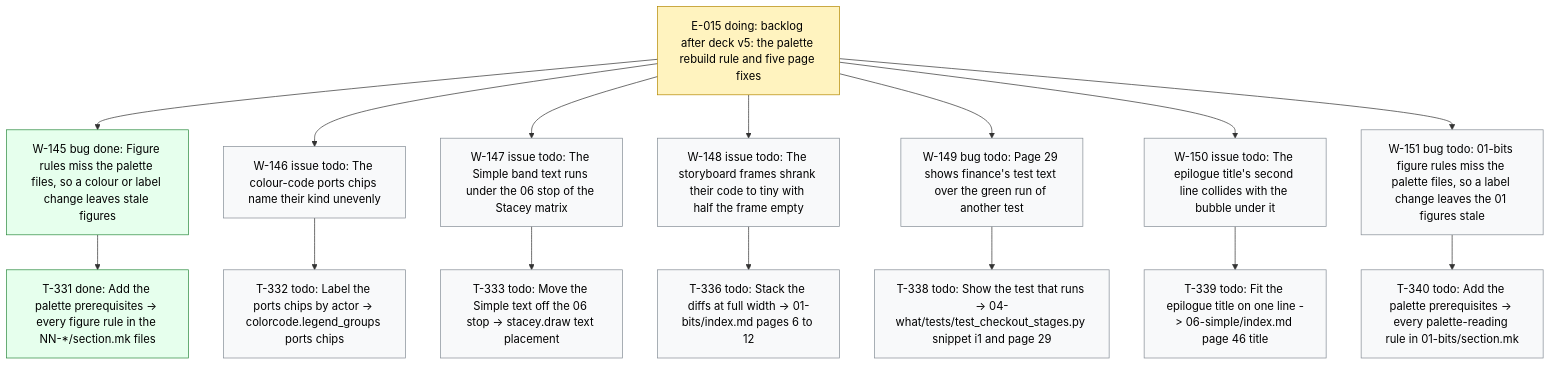
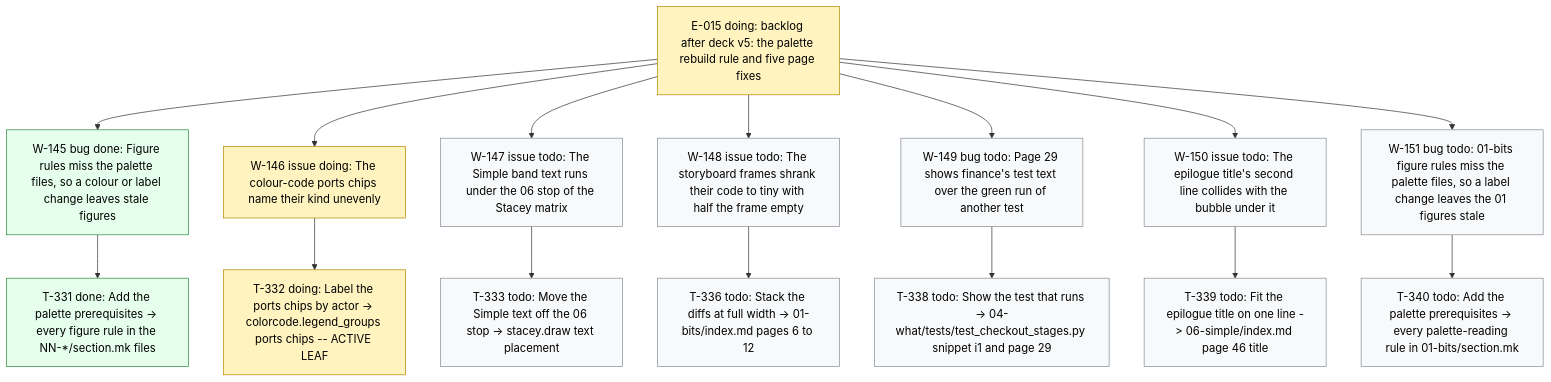
Before and after one commit to dpopchev/chaos-to-simple: the diagram in .board/BOARD.md, drawn with Mermaid. The commit also changed other lines of this file and 2 other files, not shown here.

Commit message:
chore(board): activate W-146, start T-332
Refs: W-146 T-332

````diff
--- a/.board/BOARD.md
+++ b/.board/BOARD.md
@@ -860,26 +860,26 @@
 ```mermaid
 flowchart TD
   E015["E-015 doing: backlog after deck v5: the palette rebuild rule and five page fixes"]
   E015 --> W145["W-145 bug done: Figure rules miss the palette files, so a colour or label change leaves stale figures"]
   W145 --> T331["T-331 done: Add the palette prerequisites -> every figure rule in the NN-*/section.mk files"]
-  E015 --> W146["W-146 issue todo: The colour-code ports chips name their kind unevenly"]
-  W146 --> T332["T-332 todo: Label the ports chips by actor -> colorcode.legend_groups ports chips"]
+  E015 --> W146["W-146 issue doing: The colour-code ports chips name their kind unevenly"]
+  W146 --> T332["T-332 doing: Label the ports chips by actor -> colorcode.legend_groups ports chips -- ACTIVE LEAF"]
   E015 --> W147["W-147 issue todo: The Simple band text runs under the 06 stop of the Stacey matrix"]
   W147 --> T333["T-333 todo: Move the Simple text off the 06 stop -> stacey.draw text placement"]
   E015 --> W148["W-148 issue todo: The storyboard frames shrank their code to tiny with half the frame empty"]
   W148 --> T336["T-336 todo: Stack the diffs at full width -> 01-bits/index.md pages 6 to 12"]
   E015 --> W149["W-149 bug todo: Page 29 shows finance's test text over the green run of another test"]
   W149 --> T338["T-338 todo: Show the test that runs -> 04-what/tests/test_checkout_stages.py snippet i1 and page 29"]
   E015 --> W150["W-150 issue todo: The epilogue title's second line collides with the bubble under it"]
   W150 --> T339["T-339 todo: Fit the epilogue title on one line -> 06-simple/index.md page 46 title"]
   E015 --> W151["W-151 bug todo: 01-bits figure rules miss the palette files, so a label change leaves the 01 figures stale"]
   W151 --> T340["T-340 todo: Add the palette prerequisites -> every palette-reading rule in 01-bits/section.mk"]
   classDef doing fill:#fff3bf,stroke:#b58900,color:#000;
   classDef blocked fill:#ffe3e3,stroke:#c92a2a,color:#000;
   classDef done fill:#e6ffed,stroke:#2b8a3e,color:#000;
   classDef todo fill:#f8f9fa,stroke:#868e96,color:#000;
   classDef pruned fill:#f1f3f5,stroke:#adb5bd,color:#000;
-  class E015 doing
+  class E015,W146,T332 doing
   class W145,T331 done
-  class W146,T332,W147,T333,W148,T336,W149,T338,W150,T339,W151,T340 todo
+  class W147,T333,W148,T336,W149,T338,W150,T339,W151,T340 todo
 ```
````
